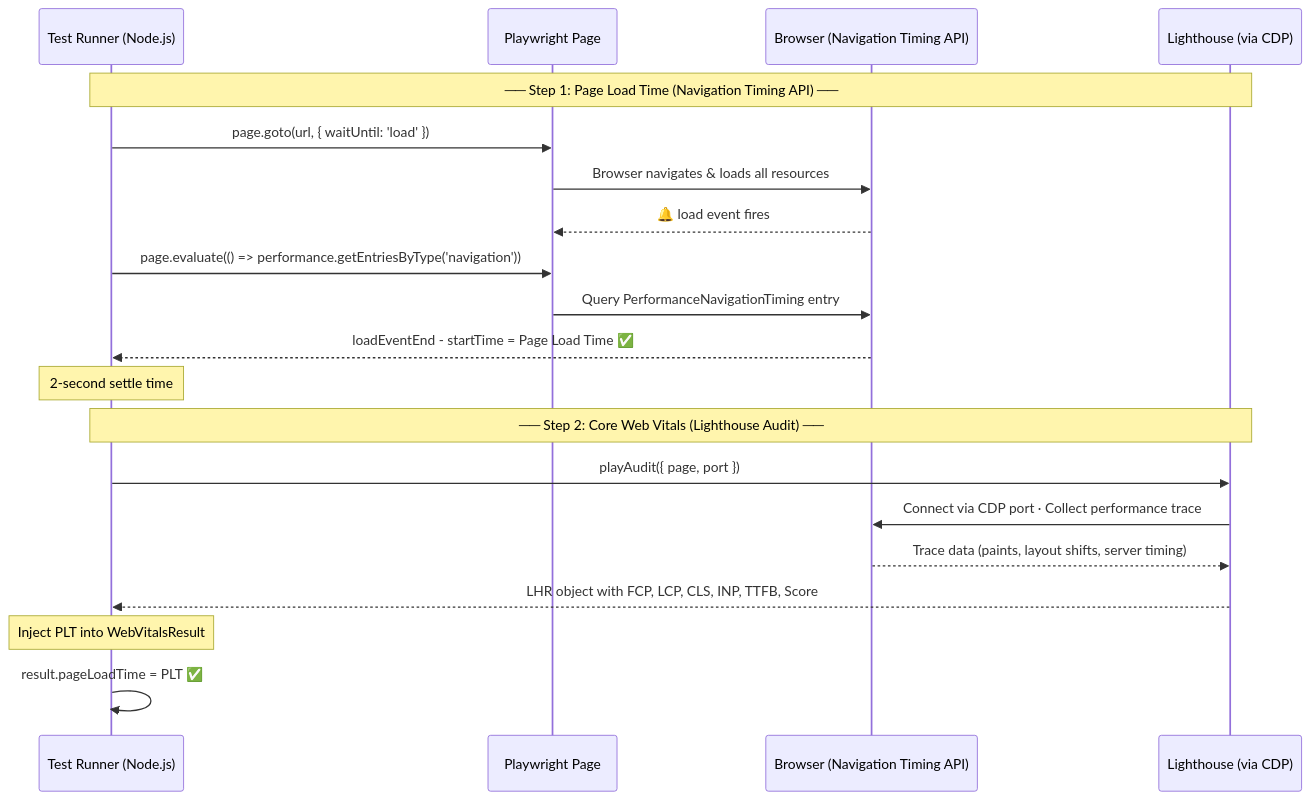
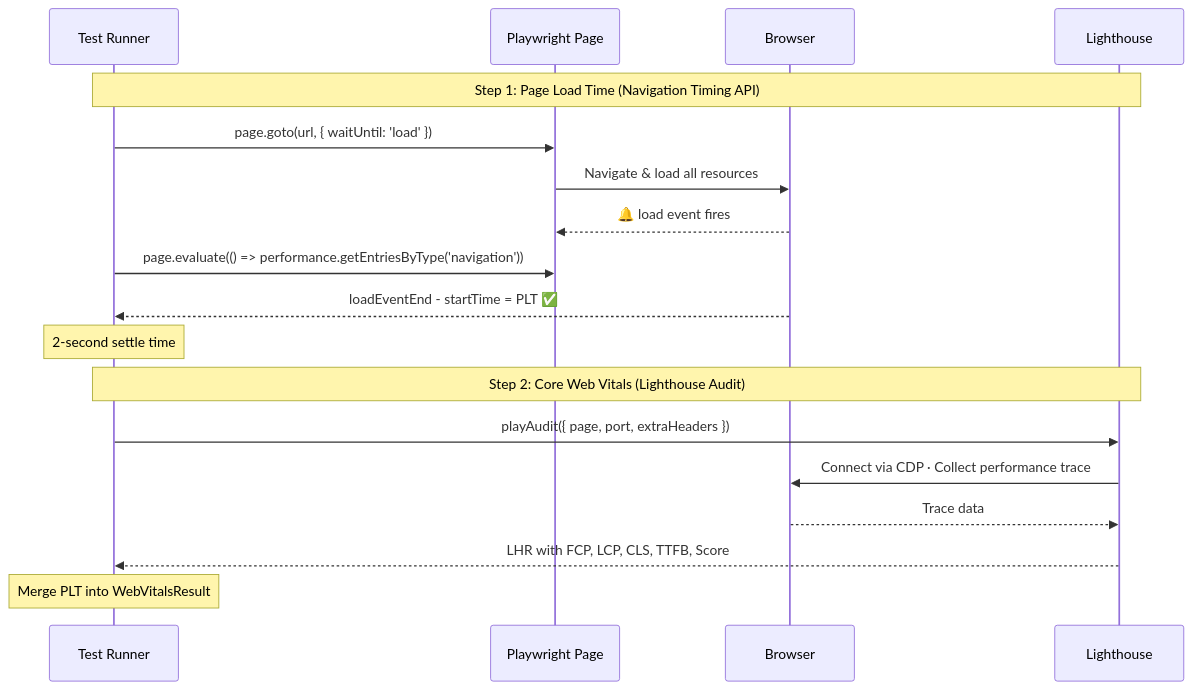
One commit to getloconow/Loco_Performance_Automation changed the sixth of 7 diagrams in README.md. Above: the diagram before and after it, drawn with Mermaid. The commit also changed other lines of this file, not shown here.

````diff
--- a/README.md
+++ b/README.md
@@ -303,26 +400,24 @@
 ```mermaid
 sequenceDiagram
-    participant T as Test Runner (Node.js)
+    participant T as Test Runner
     participant P as Playwright Page
-    participant B as Browser (Navigation Timing API)
-    participant L as Lighthouse (via CDP)
+    participant B as Browser
+    participant L as Lighthouse
 
-    Note over T,L: ── Step 1: Page Load Time (Navigation Timing API) ──
+    Note over T,L: Step 1: Page Load Time (Navigation Timing API)
     T->>P: page.goto(url, { waitUntil: 'load' })
-    P->>B: Browser navigates & loads all resources
+    P->>B: Navigate & load all resources
     B-->>P: 🔔 load event fires
     T->>P: page.evaluate(() => performance.getEntriesByType('navigation'))
-    P->>B: Query PerformanceNavigationTiming entry
-    B-->>T: loadEventEnd - startTime = Page Load Time ✅
+    B-->>T: loadEventEnd - startTime = PLT ✅
 
     Note over T: 2-second settle time
 
-    Note over T,L: ── Step 2: Core Web Vitals (Lighthouse Audit) ──
-    T->>L: playAudit({ page, port })
-    L->>B: Connect via CDP port · Collect performance trace
-    B-->>L: Trace data (paints, layout shifts, server timing)
-    L-->>T: LHR object with FCP, LCP, CLS, INP, TTFB, Score
+    Note over T,L: Step 2: Core Web Vitals (Lighthouse Audit)
+    T->>L: playAudit({ page, port, extraHeaders })
+    L->>B: Connect via CDP · Collect performance trace
+    B-->>L: Trace data
+    L-->>T: LHR with FCP, LCP, CLS, TTFB, Score
 
-    Note over T: Inject PLT into WebVitalsResult
-    T->>T: result.pageLoadTime = PLT ✅
+    Note over T: Merge PLT into WebVitalsResult
 ```
````
